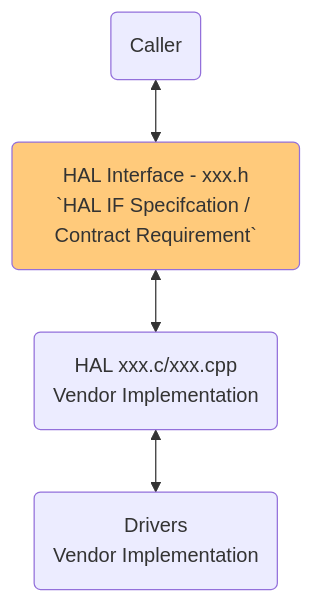
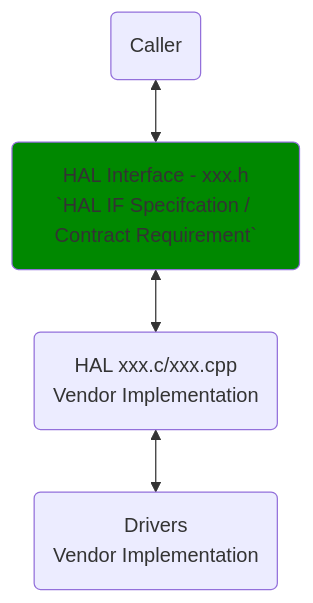
The first of 4 diagrams in template/docs/pages/halSpec.md (rdkcentral/hal-doxygen), drawn with Mermaid before and after one commit. The commit also changed other lines of this file, not shown here.

````diff
--- a/template/docs/pages/halSpec.md
+++ b/template/docs/pages/halSpec.md
@@ -32,7 +32,7 @@
 ```mermaid
 flowchart
-    style HALIF fill:#ffca7b
+    style HALIF fill:#008800
     Caller(Caller) <--> HALIF(HAL Interface - xxx.h\n`HAL IF Specifcation / Contract Requirement`)
     HALIF <--> VendorWrapper(HAL xxx.c/xxx.cpp\nVendor Implementation)
     VendorWrapper <--> VendorDrivers(Drivers\nVendor Implementation)
 ```
````
